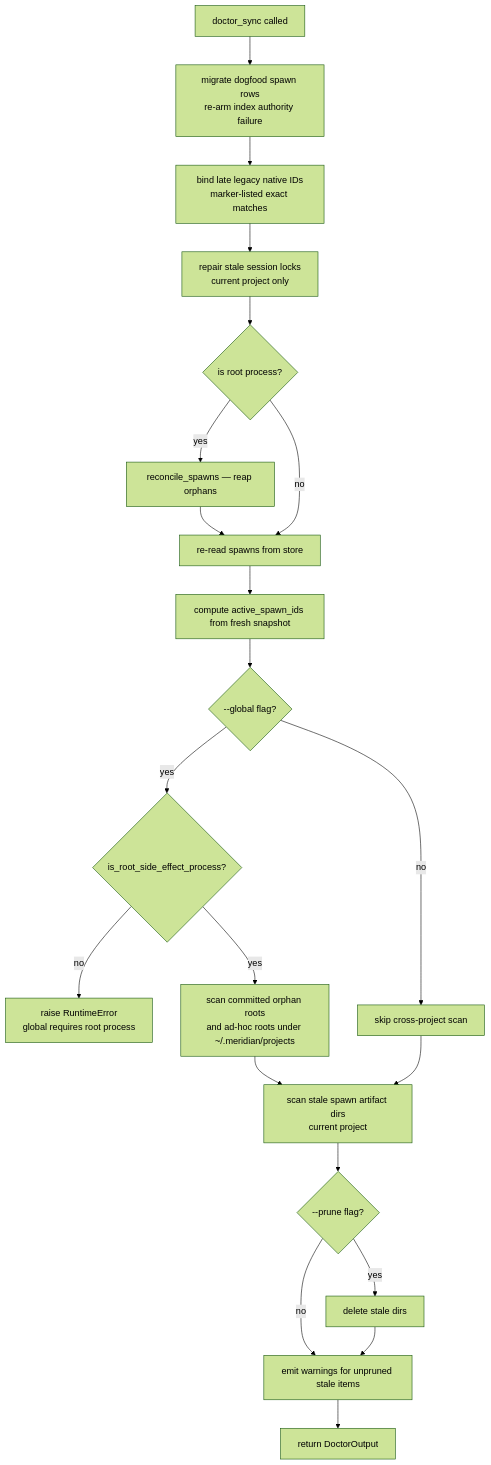
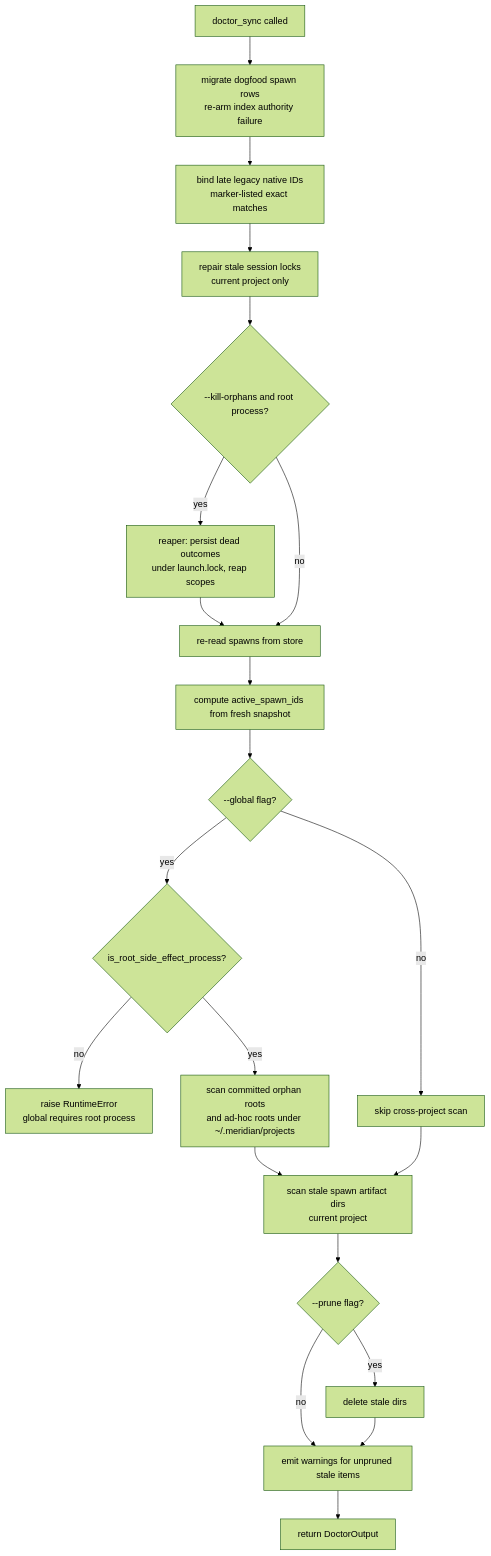
One commit to haowjy/meridian-cli-kb changed the diagram in kb/operations/health-checks.md. Above: the diagram before and after it, drawn with Mermaid (forest theme). The commit also changed other lines of this file and 15 other files, not shown here.

````diff
--- a/kb/operations/health-checks.md
+++ b/kb/operations/health-checks.md
@@ -30,23 +35,23 @@
 ```mermaid
 flowchart TD
     A[doctor_sync called] --> A2[migrate dogfood spawn rows\nre-arm index authority failure]
     A2 --> A3[bind late legacy native IDs\nmarker-listed exact matches]
     A3 --> B[repair stale session locks\ncurrent project only]
-    B --> C{is root process?}
-    C -- yes --> D[reconcile_spawns — reap orphans]
+    B --> C{--kill-orphans and root process?}
+    C -- yes --> D[reaper: persist dead outcomes\nunder launch.lock, reap scopes]
     D --> E[re-read spawns from store]
     C -- no --> E
     E --> F[compute active_spawn_ids from fresh snapshot]
     F --> G{--global flag?}
     G -- yes --> G2{is_root_side_effect_process?}
     G2 -- no --> G3[raise RuntimeError\nglobal requires root process]
     G2 -- yes --> H[scan committed orphan roots\nand ad-hoc roots under ~/.meridian/projects]
     G -- no --> I[skip cross-project scan]
     H --> J[scan stale spawn artifact dirs\ncurrent project]
     I --> J
     J --> K{--prune flag?}
     K -- yes --> L[delete stale dirs]
     K -- no --> M[emit warnings for unpruned stale items]
     L --> M
     M --> N[return DoctorOutput]
 ```
````
